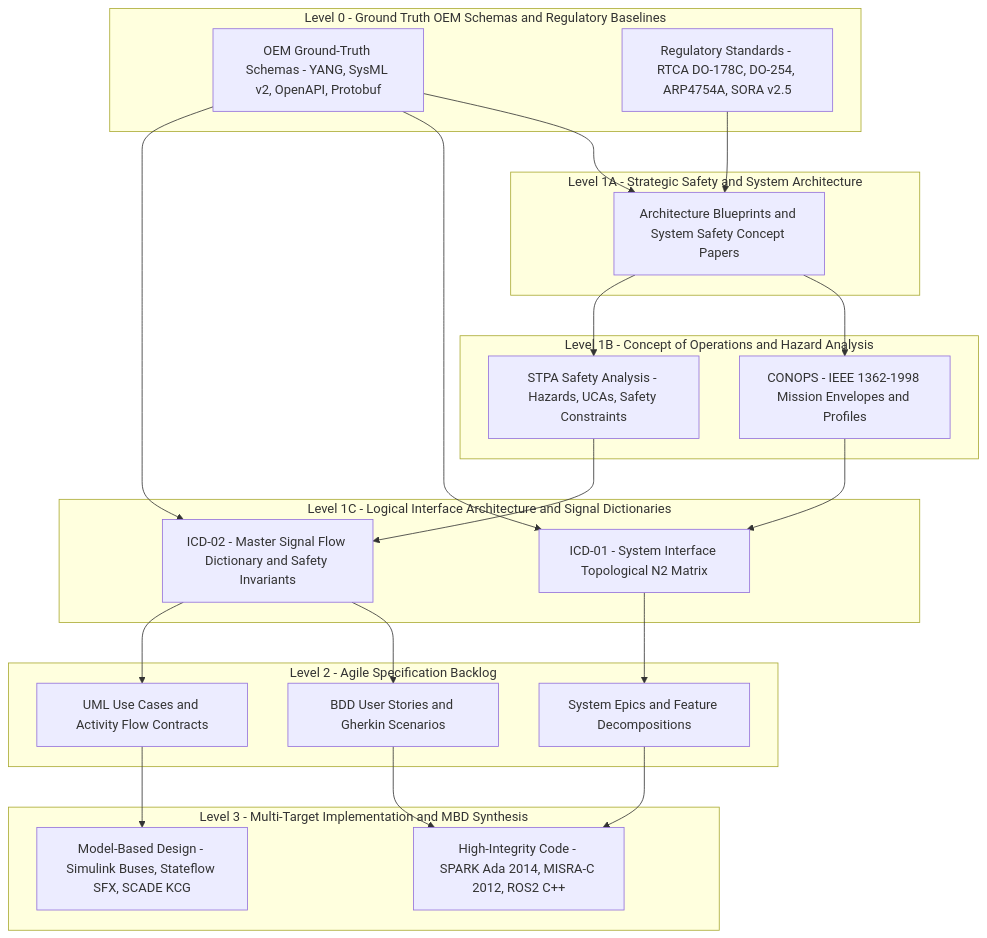
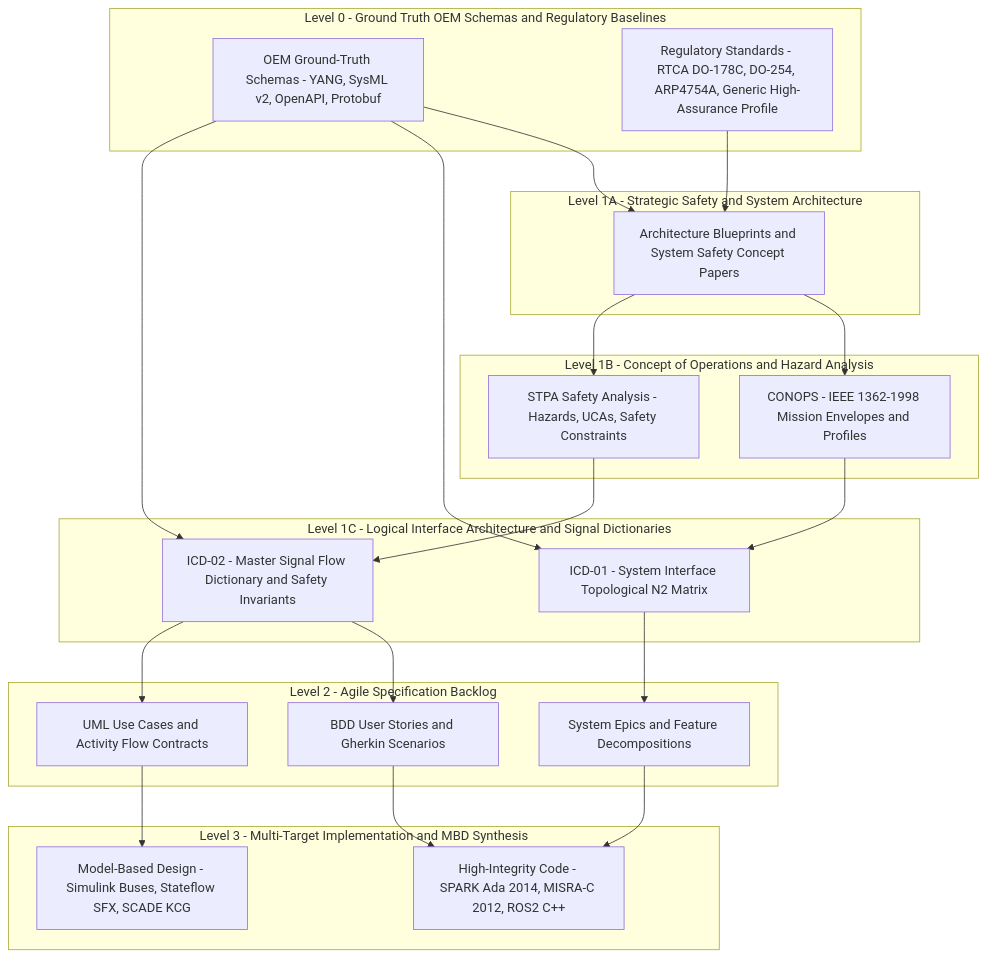
The first of 5 diagrams in docs/architecture/blueprints/DEAP_LOGICAL_INTERFACE_SPECIFICATION_BLUEPRINT.md (gintatkinson/DEAP01-spec-core), drawn with Mermaid before and after one commit. The commit also changed other lines of this file and 34 other files, not shown here.

Commit message:
docs(architecture): decontaminate reference blueprints and establish master execution plan (refs #405, refs #406)

````diff
--- a/docs/architecture/blueprints/DEAP_LOGICAL_INTERFACE_SPECIFICATION_BLUEPRINT.md
+++ b/docs/architecture/blueprints/DEAP_LOGICAL_INTERFACE_SPECIFICATION_BLUEPRINT.md
@@ -21,47 +34,47 @@
 ```mermaid
 flowchart TD
     subgraph L0 ["Level 0 - Ground Truth OEM Schemas and Regulatory Baselines"]
         L0_Schema["OEM Ground-Truth Schemas - YANG, SysML v2, OpenAPI, Protobuf"]
-        L0_Reg["Regulatory Standards - RTCA DO-178C, DO-254, ARP4754A, SORA v2.5"]
+        L0_Reg["Regulatory Standards - RTCA DO-178C, DO-254, ARP4754A, Generic High-Assurance Profile"]
     end
 
     subgraph L1A ["Level 1A - Strategic Safety and System Architecture"]
         L1A_Blueprints["Architecture Blueprints and System Safety Concept Papers"]
     end
 
     subgraph L1B ["Level 1B - Concept of Operations and Hazard Analysis"]
         L1B_CONOPS["CONOPS - IEEE 1362-1998 Mission Envelopes and Profiles"]
         L1B_STPA["STPA Safety Analysis - Hazards, UCAs, Safety Constraints"]
     end
 
     subgraph L1C ["Level 1C - Logical Interface Architecture and Signal Dictionaries"]
         L1C_Matrix["ICD-01 - System Interface Topological N2 Matrix"]
         L1C_Dict["ICD-02 - Master Signal Flow Dictionary and Safety Invariants"]
     end
 
     subgraph L2 ["Level 2 - Agile Specification Backlog"]
         L2_Epics["System Epics and Feature Decompositions"]
         L2_Stories["BDD User Stories and Gherkin Scenarios"]
         L2_UseCases["UML Use Cases and Activity Flow Contracts"]
     end
 
     subgraph L3 ["Level 3 - Multi-Target Implementation and MBD Synthesis"]
         L3_Code["High-Integrity Code - SPARK Ada 2014, MISRA-C 2012, ROS2 C++"]
         L3_MBD["Model-Based Design - Simulink Buses, Stateflow SFX, SCADE KCG"]
     end
 
     L0_Schema --> L1A_Blueprints
     L0_Reg --> L1A_Blueprints
     L1A_Blueprints --> L1B_CONOPS
     L1A_Blueprints --> L1B_STPA
     L1B_CONOPS --> L1C_Matrix
     L1B_STPA --> L1C_Dict
     L0_Schema --> L1C_Matrix
     L0_Schema --> L1C_Dict
     L1C_Matrix --> L2_Epics
     L1C_Dict --> L2_Stories
     L1C_Dict --> L2_UseCases
     L2_Epics --> L3_Code
     L2_Stories --> L3_Code
     L2_UseCases --> L3_MBD
 ```
````
